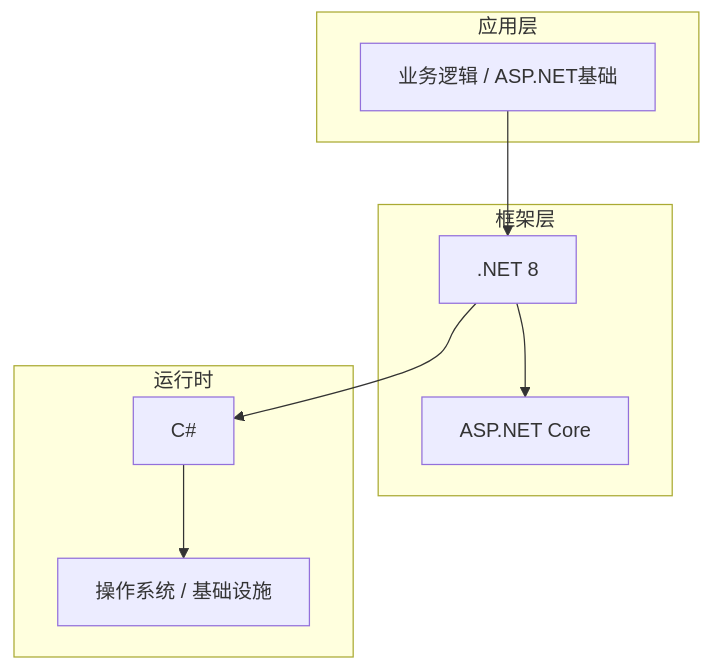
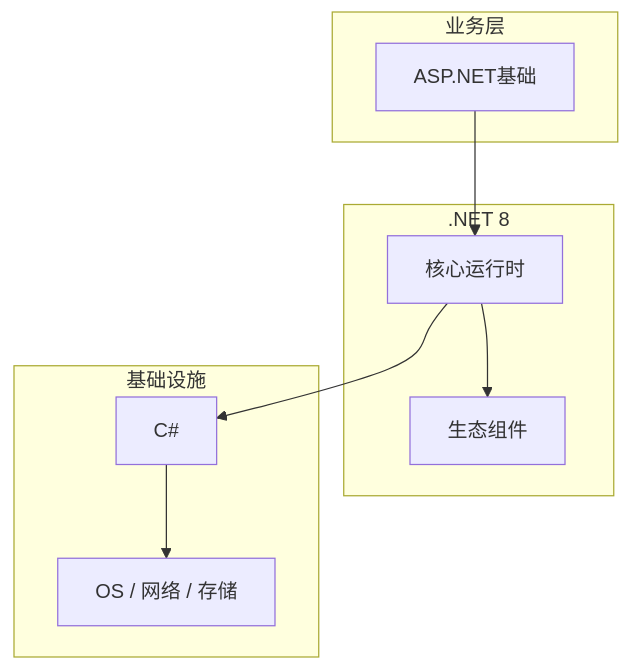
Before and after one commit to yanggan2015/knowledge-json-v2: the diagram in articles/C#/chapters/077-ASP.NET基础核心概念与原理.md, drawn with Mermaid. The commit also changed other lines of this file and 10127 other files, not shown here.

````diff
--- a/articles/C#/chapters/077-ASP.NET基础核心概念与原理.md
+++ b/articles/C#/chapters/077-ASP.NET基础核心概念与原理.md
@@ -45,18 +34,18 @@
 ```mermaid
 graph TB
-    subgraph 应用层
-        A[业务逻辑 / ASP.NET基础]
+    subgraph 业务层
+        A[ASP.NET基础]
     end
-    subgraph 框架层
-        B[.NET 8]
-        C[ASP.NET Core]
+    subgraph .NET 8
+        B[核心运行时]
+        C[生态组件]
     end
-    subgraph 运行时
+    subgraph 基础设施
         D[C#]
-        E[操作系统 / 基础设施]
+        E[OS / 网络 / 存储]
     end
     A --> B
     B --> C
     B --> D
     D --> E
 ```
````
